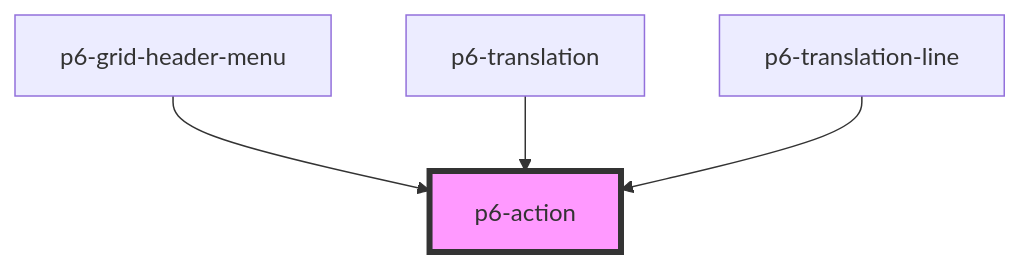
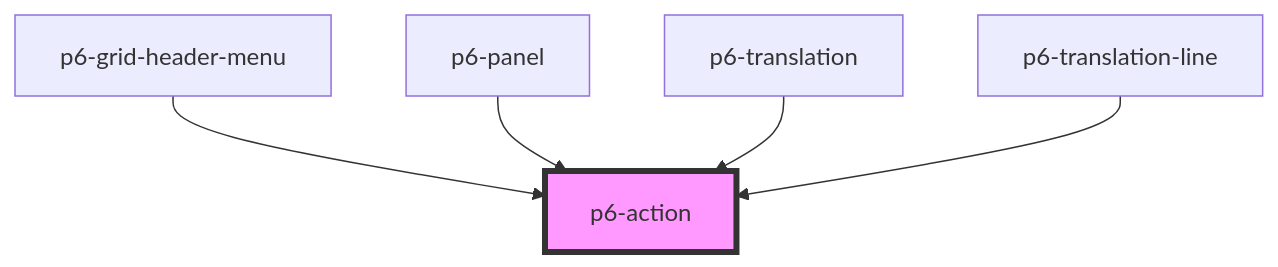
One commit to amalto/platform6-ui-components changed the diagram in packages/core/src/components/atoms/p6-action/readme.md. Above: the diagram before and after it, drawn with Mermaid. The commit also changed other lines of this file and 9 other files, not shown here.

````diff
--- a/packages/core/src/components/atoms/p6-action/readme.md
+++ b/packages/core/src/components/atoms/p6-action/readme.md
@@ -24,7 +25,8 @@
 ```mermaid
 graph TD;
   p6-grid-header-menu --> p6-action
+  p6-panel --> p6-action
   p6-translation --> p6-action
   p6-translation-line --> p6-action
   style p6-action fill:#f9f,stroke:#333,stroke-width:4px
 ```
````
